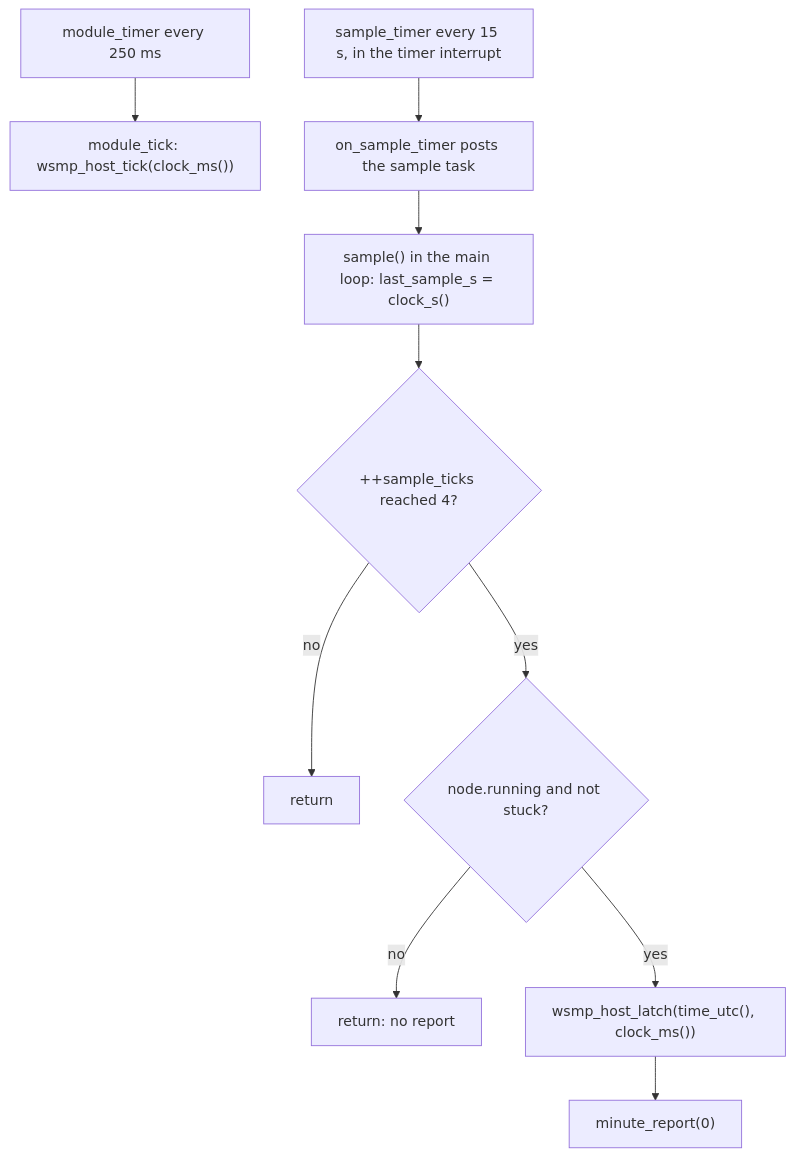
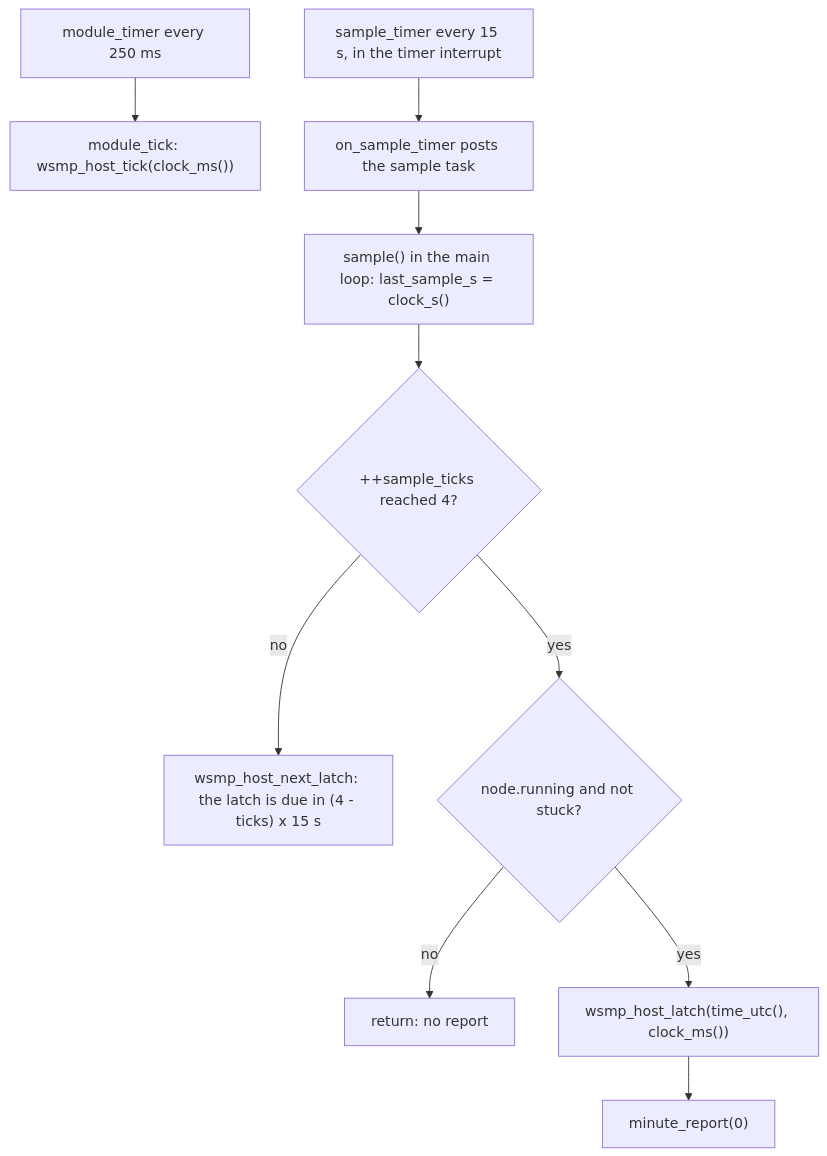
Before and after one commit to clintecker/weather-station-2026: the second of 4 diagrams in firmware/stage0-node/App/app_tx.lit.md, drawn with Mermaid. The commit also changed other lines of this file and 17 other files, not shown here.

````diff
--- a/firmware/stage0-node/App/app_tx.lit.md
+++ b/firmware/stage0-node/App/app_tx.lit.md
@@ -207,12 +210,12 @@
 ```mermaid
 flowchart TD
   M["module_timer every 250 ms"] --> MT["module_tick: wsmp_host_tick(clock_ms())"]
   T["sample_timer every 15 s, in the timer interrupt"] --> P["on_sample_timer posts the sample task"]
   P --> S["sample() in the main loop: last_sample_s = clock_s()"]
   S --> N{"++sample_ticks reached 4?"}
-  N -- no --> WAIT["return"]
+  N -- no --> WAIT["wsmp_host_next_latch: the latch is due in (4 - ticks) x 15 s"]
   N -- yes --> D{"node.running and not stuck?"}
   D -- no --> DROP["return: no report"]
   D -- yes --> L["wsmp_host_latch(time_utc(), clock_ms())"]
   L --> R["minute_report(0)"]
 ```
````
